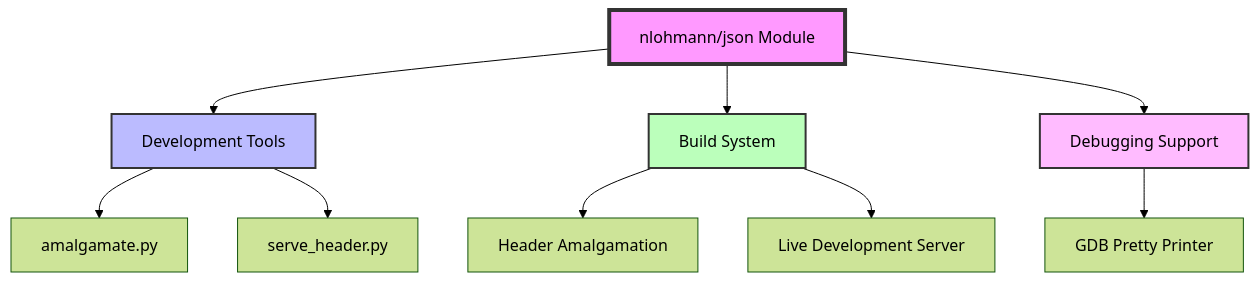
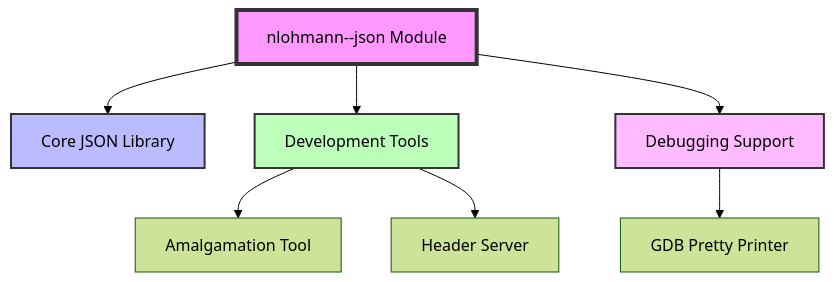
The first of 3 diagrams in docs/nlohmann--json-docs/overview.md (FSoft-AI4Code/codewiki-demo), drawn with Mermaid (forest theme) before and after one commit. The commit also changed other lines of this file and 1103 other files, not shown here.

````diff
--- a/docs/nlohmann--json-docs/overview.md
+++ b/docs/nlohmann--json-docs/overview.md
@@ -11,19 +11,16 @@
 ```mermaid
 graph TD
-    A[nlohmann/json Module] --> B[Development Tools]
-    A --> C[Build System]
+    A[nlohmann--json Module] --> B[Core JSON Library]
+    A --> C[Development Tools]
     A --> D[Debugging Support]
     
-    B --> B1[amalgamate.py]
-    B --> B2[serve_header.py]
-    
-    C --> C1[Header Amalgamation]
-    C --> C2[Live Development Server]
+    C --> C1[Amalgamation Tool]
+    C --> C2[Header Server]
     
     D --> D1[GDB Pretty Printer]
     
     style A fill:#f9f,stroke:#333,stroke-width:4px
     style B fill:#bbf,stroke:#333,stroke-width:2px
     style C fill:#bfb,stroke:#333,stroke-width:2px
     style D fill:#fbf,stroke:#333,stroke-width:2px
 ```
````
